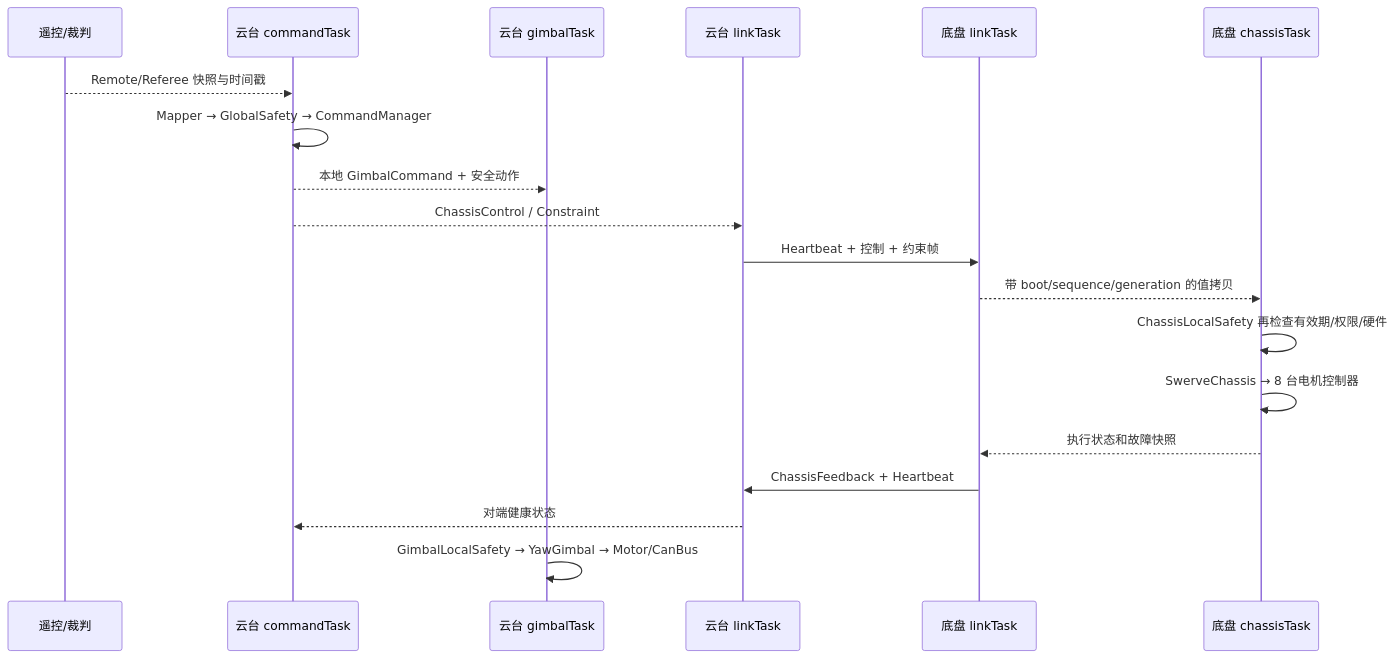
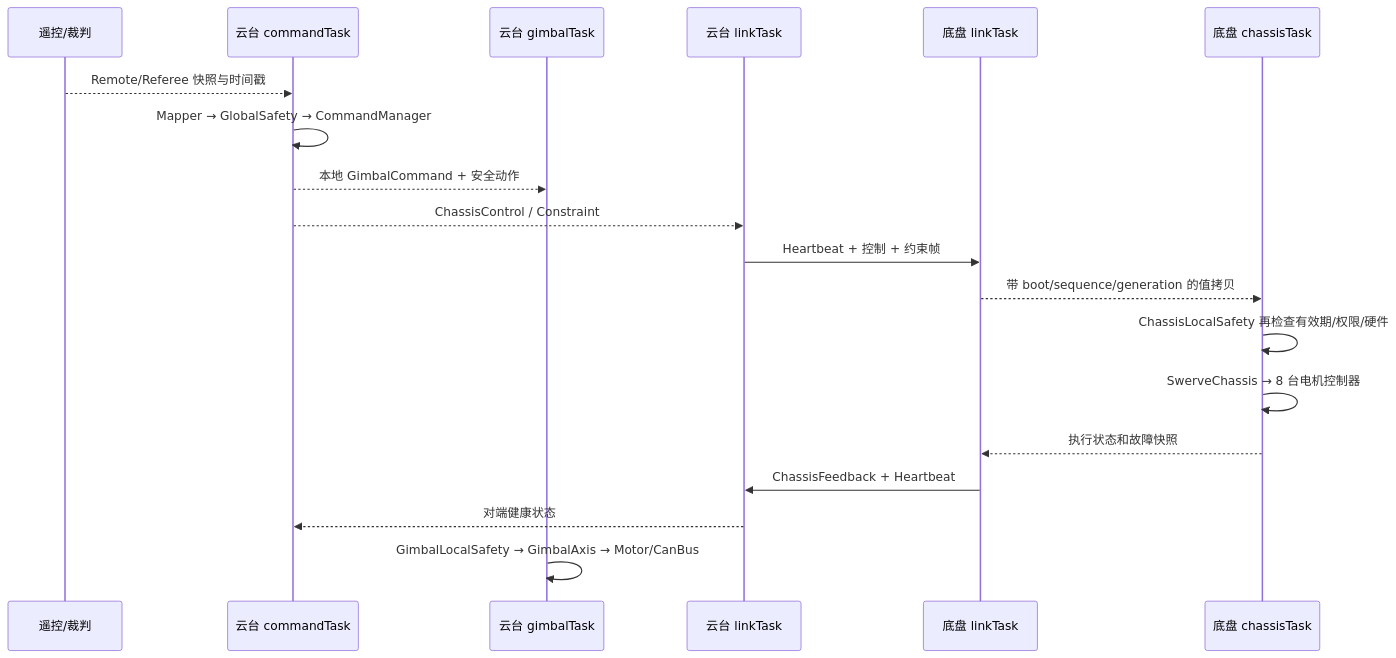
The second of 2 diagrams in docs/module-integration.md (SHM-white/SkyWalker_General_Embedded_Code), drawn with Mermaid before and after one commit. The commit also changed other lines of this file and 24 other files, not shown here.

First line of the commit message:
Add GimbalAxis class for controlling gimbal motors

````diff
--- a/docs/module-integration.md
+++ b/docs/module-integration.md
@@ -83,21 +83,21 @@
 ```mermaid
 sequenceDiagram
     participant RC as 遥控/裁判
     participant GCmd as 云台 commandTask
     participant GAct as 云台 gimbalTask
     participant GLink as 云台 linkTask
     participant CLink as 底盘 linkTask
     participant CAct as 底盘 chassisTask
     RC-->>GCmd: Remote/Referee 快照与时间戳
     GCmd->>GCmd: Mapper → GlobalSafety → CommandManager
     GCmd-->>GAct: 本地 GimbalCommand + 安全动作
     GCmd-->>GLink: ChassisControl / Constraint
     GLink->>CLink: Heartbeat + 控制 + 约束帧
     CLink-->>CAct: 带 boot/sequence/generation 的值拷贝
     CAct->>CAct: ChassisLocalSafety 再检查有效期/权限/硬件
     CAct->>CAct: SwerveChassis → 8 台电机控制器
     CAct-->>CLink: 执行状态和故障快照
     CLink->>GLink: ChassisFeedback + Heartbeat
     GLink-->>GCmd: 对端健康状态
-    GAct->>GAct: GimbalLocalSafety → YawGimbal → Motor/CanBus
+    GAct->>GAct: GimbalLocalSafety → GimbalAxis → Motor/CanBus
 ```
````
